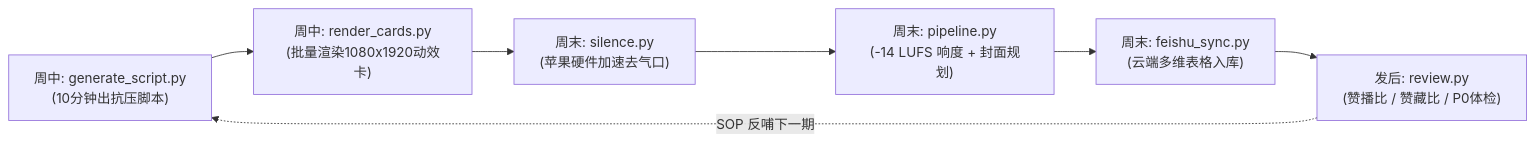
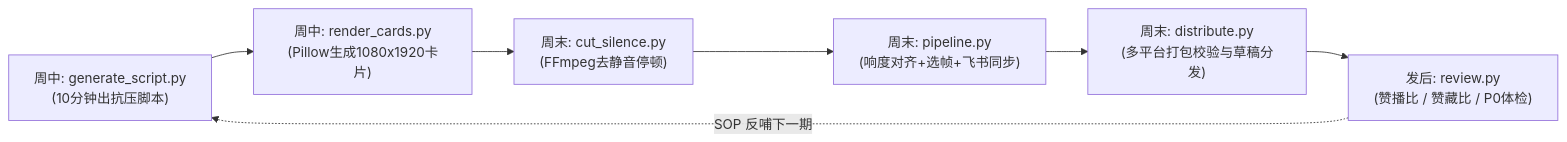
The diagram in README.md (MZFL-BH/ecreator-studio), drawn with Mermaid before and after one commit. The commit also changed other lines of this file and 11 other files, not shown here.

Commit message:
fix(P0): include sfx assets, fix requirements.txt, adu_motion alignment/fallbacks, generate_script YouTube fields, and sync docs

````diff
--- a/README.md
+++ b/README.md
@@ -33,9 +33,9 @@
 ```mermaid
 flowchart LR
-    A["周中: generate_script.py<br/>(10分钟出抗压脚本)"] --> B["周中: render_cards.py<br/>(批量渲染1080x1920动效卡)"]
-    B --> C["周末: silence.py<br/>(苹果硬件加速去气口)"]
-    C --> D["周末: pipeline.py<br/>(-14 LUFS 响度 + 封面规划)"]
-    D --> E["周末: feishu_sync.py<br/>(云端多维表格入库)"]
+    A["周中: generate_script.py<br/>(10分钟出抗压脚本)"] --> B["周中: render_cards.py<br/>(Pillow生成1080x1920卡片)"]
+    B --> C["周末: cut_silence.py<br/>(FFmpeg去静音停顿)"]
+    C --> D["周末: pipeline.py<br/>(响度对齐+选帧+飞书同步)"]
+    D --> E["周末: distribute.py<br/>(多平台打包校验与草稿分发)"]
     E --> F["发后: review.py<br/>(赞播比 / 赞藏比 / P0体检)"]
     F -.->|SOP 反哺下一期| A
 ```
````
